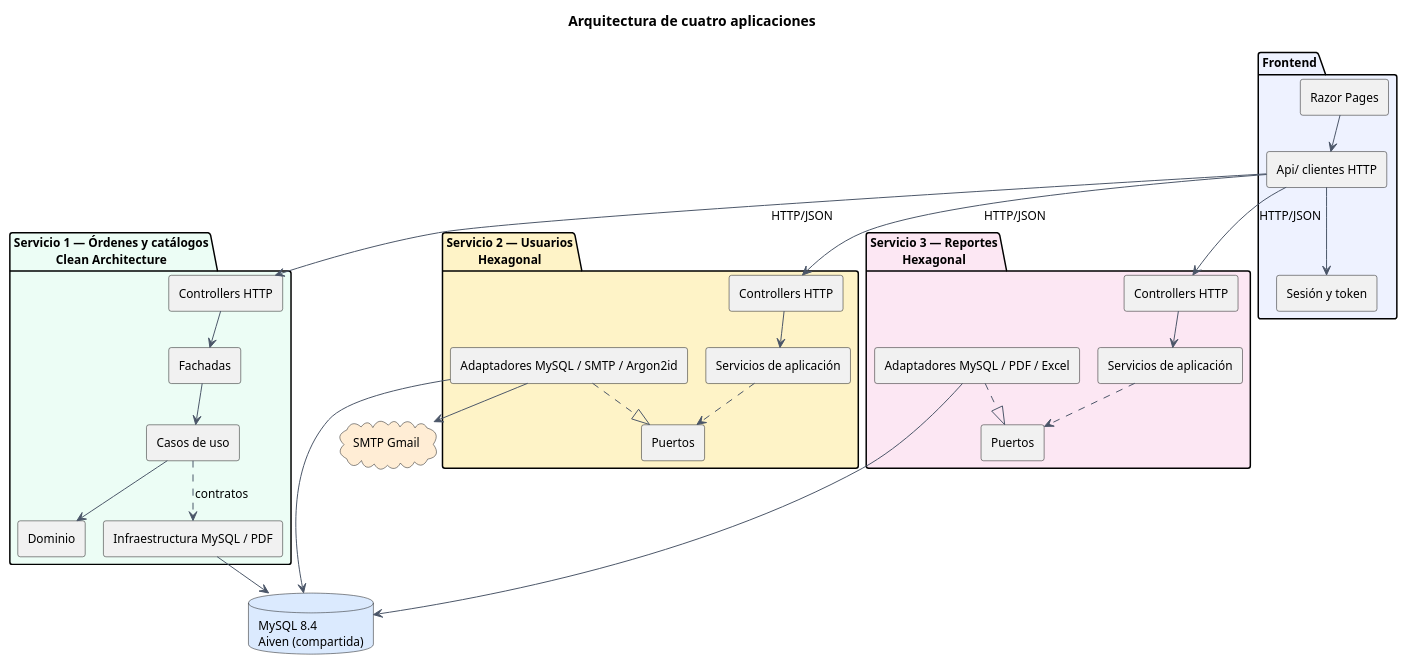
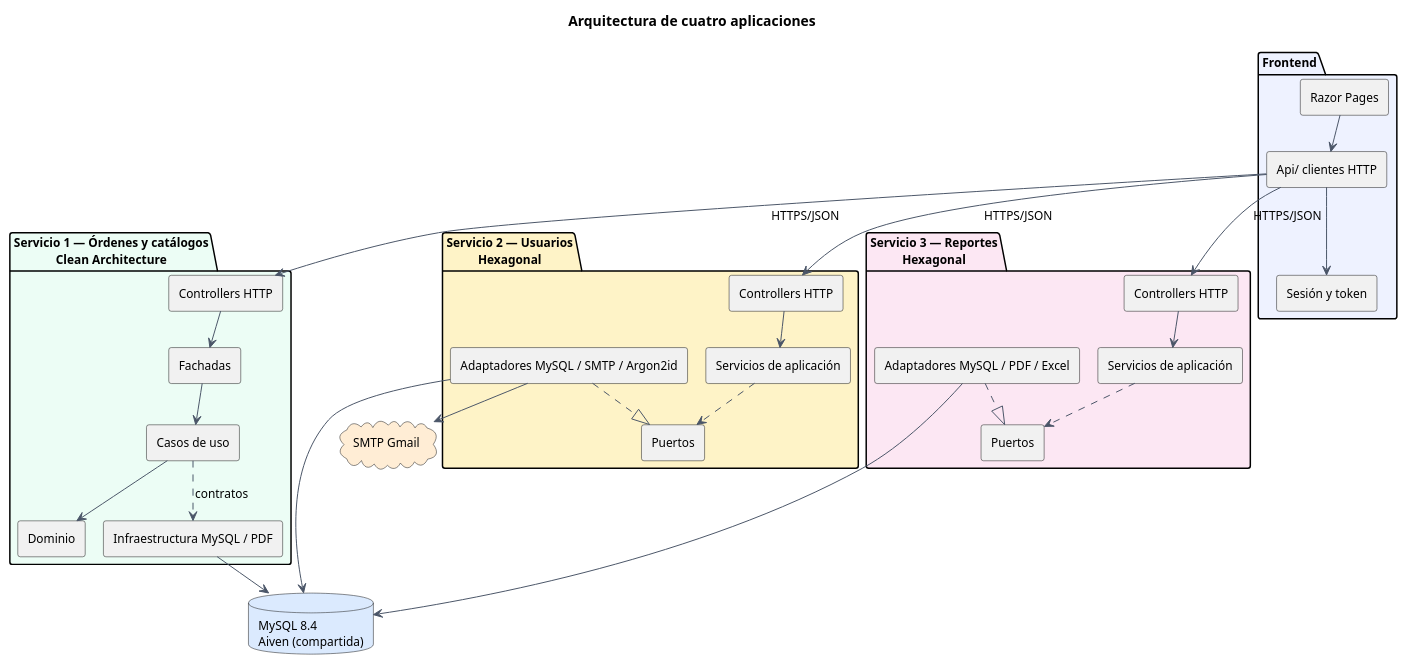
One commit to ArielFlowers/TallerMecanico changed the diagram in docs/diagramas/Estilo_Arquitectonico_Combinado.puml. Above: the diagram before and after it, drawn with PlantUML. The commit also changed 6 other files, not shown here.

First line of the commit message:
docs: agregar diagramas de Usuarios y Reportes y corregir los C4

```diff
--- a/docs/diagramas/Estilo_Arquitectonico_Combinado.puml
+++ b/docs/diagramas/Estilo_Arquitectonico_Combinado.puml
@@ -1,68 +1,68 @@
 @startuml Estilo_Arquitectonico_Combinado
 !pragma layout smetana
 title Arquitectura de cuatro aplicaciones
 skinparam componentStyle rectangle
 skinparam shadowing false
 skinparam defaultFontName Segoe UI
 skinparam defaultFontSize 12
 skinparam ArrowColor #4A5568
 skinparam BorderColor #4A5568
 
 package "Frontend" as FE #EEF2FF {
   [Razor Pages] as UI
   [Api/ clientes HTTP] as API
   [Sesión y token] as SES
 }
 
 package "Servicio 1 — Órdenes y catálogos\nClean Architecture" as S1 #ECFDF5 {
   [Controllers HTTP] as S1C
   [Fachadas] as S1F
   [Casos de uso] as S1CU
   [Dominio] as S1D
   [Infraestructura MySQL / PDF] as S1I
 }
 
 package "Servicio 2 — Usuarios\nHexagonal" as S2 #FEF3C7 {
   [Controllers HTTP] as S2C
   [Servicios de aplicación] as S2S
   [Puertos] as S2P
   [Adaptadores MySQL / SMTP / Argon2id] as S2A
 }
 
 package "Servicio 3 — Reportes\nHexagonal" as S3 #FCE7F3 {
   [Controllers HTTP] as S3C
   [Servicios de aplicación] as S3S
   [Puertos] as S3P
   [Adaptadores MySQL / PDF / Excel] as S3A
 }
 
 database "MySQL 8.4\nAiven (compartida)" as BD #DBEAFE
 cloud "SMTP Gmail" as SMTP #FFEDD5
 
 UI --> API
 API --> SES
-API --> S1C : HTTP/JSON
-API --> S2C : HTTP/JSON
-API --> S3C : HTTP/JSON
+API --> S1C : HTTPS/JSON
+API --> S2C : HTTPS/JSON
+API --> S3C : HTTPS/JSON
 
 S1C --> S1F
 S1F --> S1CU
 S1CU --> S1D
 S1CU ..> S1I : contratos
 S1I --> BD
 
 S2C --> S2S
 S2S ..> S2P
 S2A ..|> S2P
 S2A --> BD
 S2A --> SMTP
 
 S3C --> S3S
 S3S ..> S3P
 S3A ..|> S3P
 S3A --> BD
 
 FE -[hidden]right- S1
 S1 -[hidden]right- S2
 S2 -[hidden]right- S3
 @enduml
```
